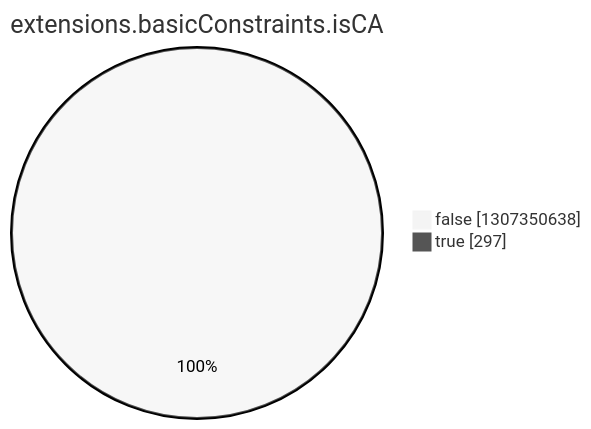
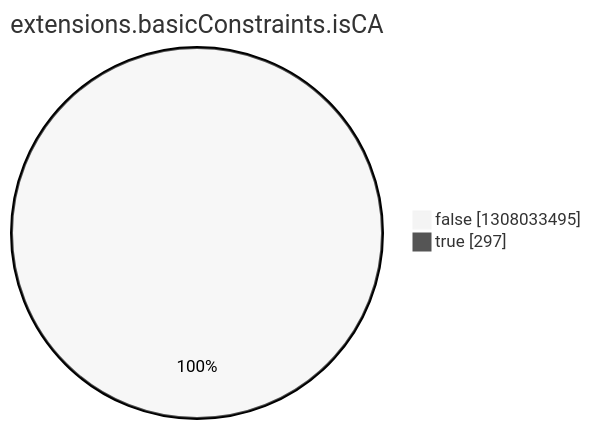
Before and after one commit to christiankrug/ctmonitor_visualization: the eighth of 15 diagrams in argon2022/README.md, drawn with Mermaid (neutral theme). The commit also changed other lines of this file, not shown here.

````diff
--- a/argon2022/README.md
+++ b/argon2022/README.md
@@ -2757,6 +2757,6 @@
 ```mermaid
 pie showData
 title extensions.basicConstraints.isCA
-"false" :1307350638
+"false" :1308033495
 "true" :297
 ```
````
